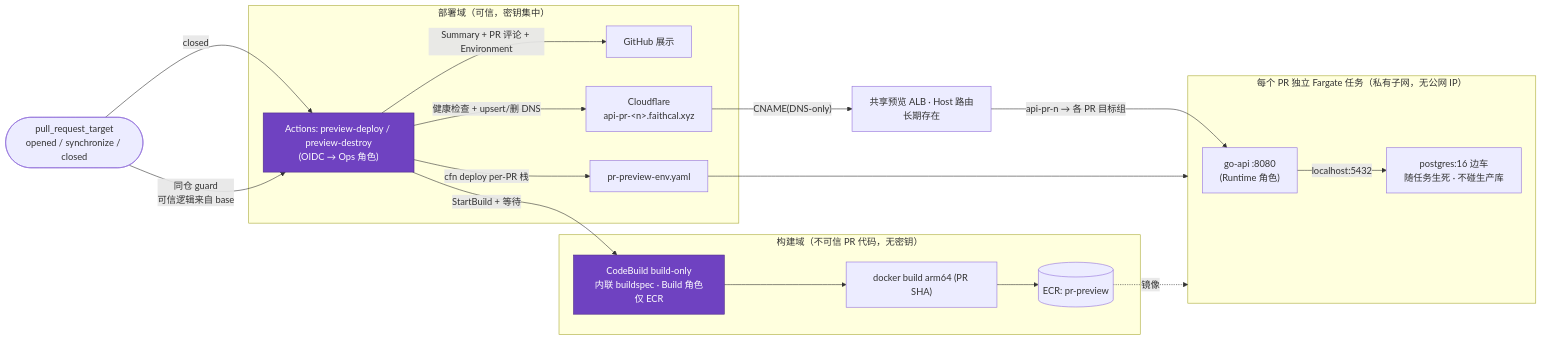
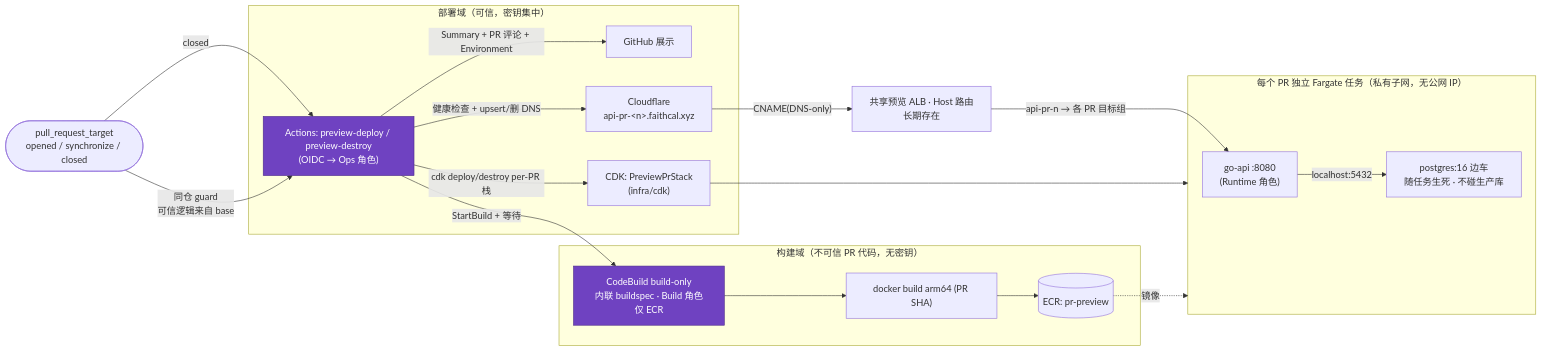
The sixth of 8 diagrams in docs/架构图.md (PrettyKing/github-repositories-fllow), drawn with Mermaid before and after one commit. The commit also changed 12 other files, not shown here.

First line of the commit message:
feat(preview): P7 每 PR 栈迁 CDK（CliCredentialsStackSynthesizer 免 bootstrap）

````diff
--- a/docs/架构图.md
+++ b/docs/架构图.md
@@ -197,30 +197,30 @@
 ```mermaid
 graph LR
     PR(["pull_request_target<br/>opened / synchronize / closed"])
     PR -->|"同仓 guard<br/>可信逻辑来自 base"| WF["Actions: preview-deploy / preview-destroy<br/>(OIDC → Ops 角色)"]
 
     subgraph BUILD["构建域（不可信 PR 代码，无密钥）"]
         CB["CodeBuild build-only<br/>内联 buildspec · Build 角色仅 ECR"]
         CB --> Img["docker build arm64 (PR SHA)"]
         Img --> ECR2[("ECR: pr-preview")]
     end
     subgraph DEPLOY["部署域（可信，密钥集中）"]
         WF -->|StartBuild + 等待| CB
-        WF -->|"cfn deploy per-PR 栈"| Stack["pr-preview-env.yaml"]
+        WF -->|"cdk deploy/destroy per-PR 栈"| Stack["CDK: PreviewPrStack<br/>(infra/cdk)"]
         WF -->|"健康检查 + upsert/删 DNS"| CFD["Cloudflare<br/>api-pr-&lt;n&gt;.faithcal.xyz"]
         WF -->|"Summary + PR 评论 + Environment"| GH["GitHub 展示"]
     end
     subgraph ENV["每个 PR 独立 Fargate 任务（私有子网，无公网 IP）"]
         GoP["go-api :8080<br/>(Runtime 角色)"]
         PG["postgres:16 边车<br/>随任务生死 · 不碰生产库"]
         GoP -->|localhost:5432| PG
     end
     ECR2 -.镜像.-> ENV
     Stack --> ENV
     CFD -->|"CNAME(DNS-only)"| ALB["共享预览 ALB · Host 路由<br/>长期存在"]
     ALB -->|"api-pr-n → 各 PR 目标组"| GoP
     PR -->|closed| WF
 
     classDef role fill:#6f42c1,stroke:#4c2889,color:#fff
     class WF,CB role
 ```
````
